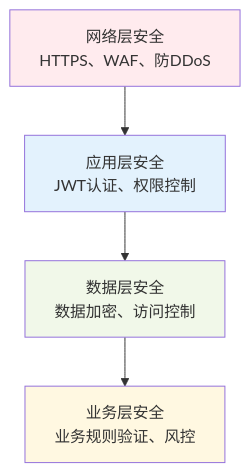
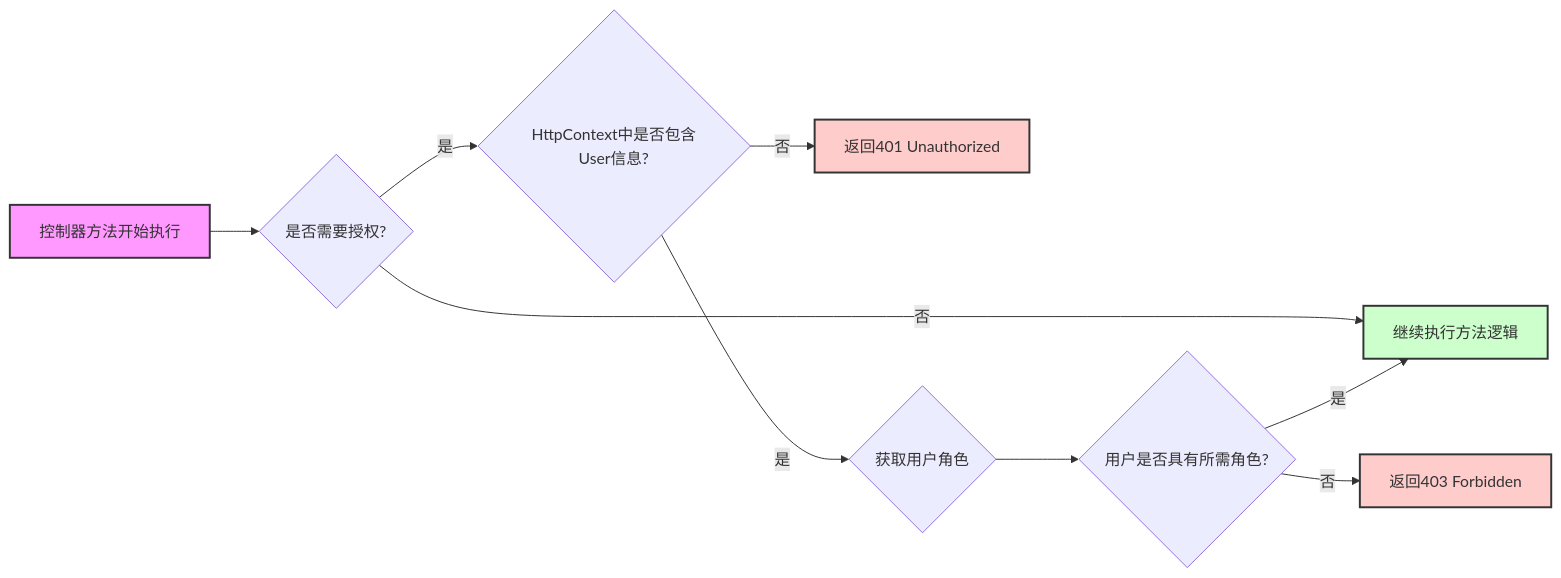
One commit to 57UU/southern_money changed the seventh of 14 diagrams in report/report.md. Above: the diagram before and after it, drawn with Mermaid. The commit also changed other lines of this file and 2 other files, not shown here.

````diff
--- a/report/report.md
+++ b/report/report.md
@@ -298,11 +380,15 @@
-```mermaid
-flowchart TD
-    A[网络层安全<br/>HTTPS、WAF、防DDoS] --> B[应用层安全<br/>JWT认证、权限控制]
-    B --> C[数据层安全<br/>数据加密、访问控制]
-    C --> D[业务层安全<br/>业务规则验证、风控]
-    
-    style A fill:#ffebee
-    style B fill:#e3f2fd
-    style C fill:#f1f8e9
-    style D fill:#fff8e1
-```
+     ```mermaid
+     flowchart LR
+         A[控制器方法开始执行] --> B{是否需要授权?}
+         B -->|否| C[继续执行方法逻辑]
+         B -->|是| D{HttpContext中是否包含User信息?}
+         D -->|否| E[返回401 Unauthorized]
+         D -->|是| F{获取用户角色}
+         F --> G{用户是否具有所需角色?}
+         G -->|否| H[返回403 Forbidden]
+         G -->|是| C
+         style A fill:#f9f,stroke:#333,stroke-width:2px
+         style E fill:#fcc,stroke:#333,stroke-width:2px
+         style H fill:#fcc,stroke:#333,stroke-width:2px
+         style C fill:#cfc,stroke:#333,stroke-width:2px
+     ```
````
